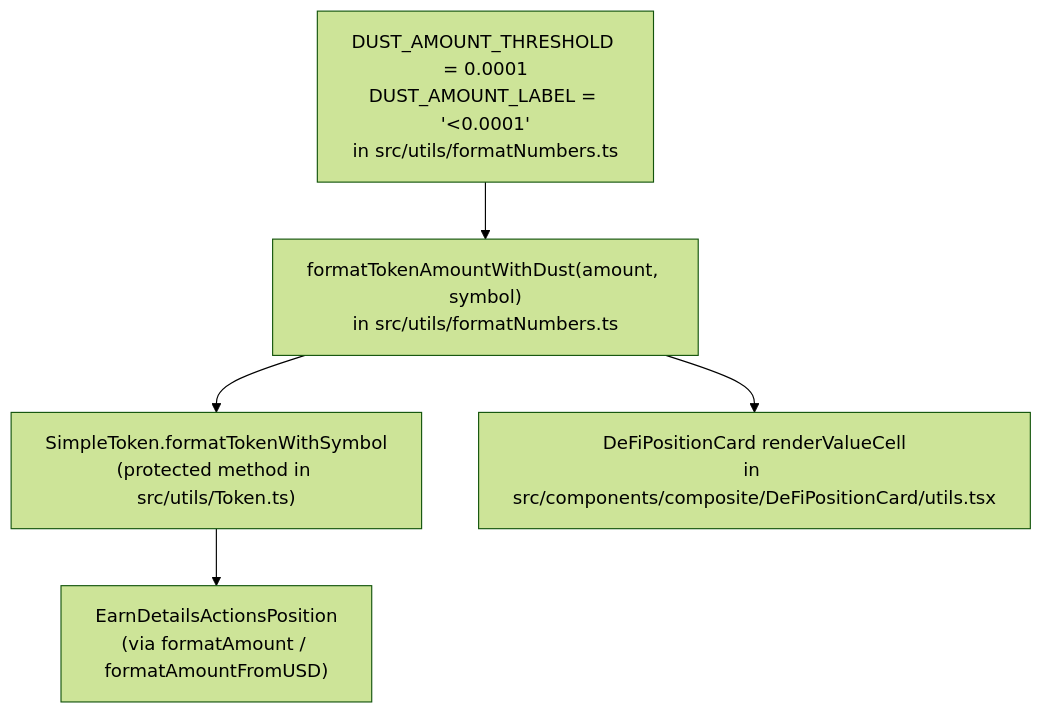
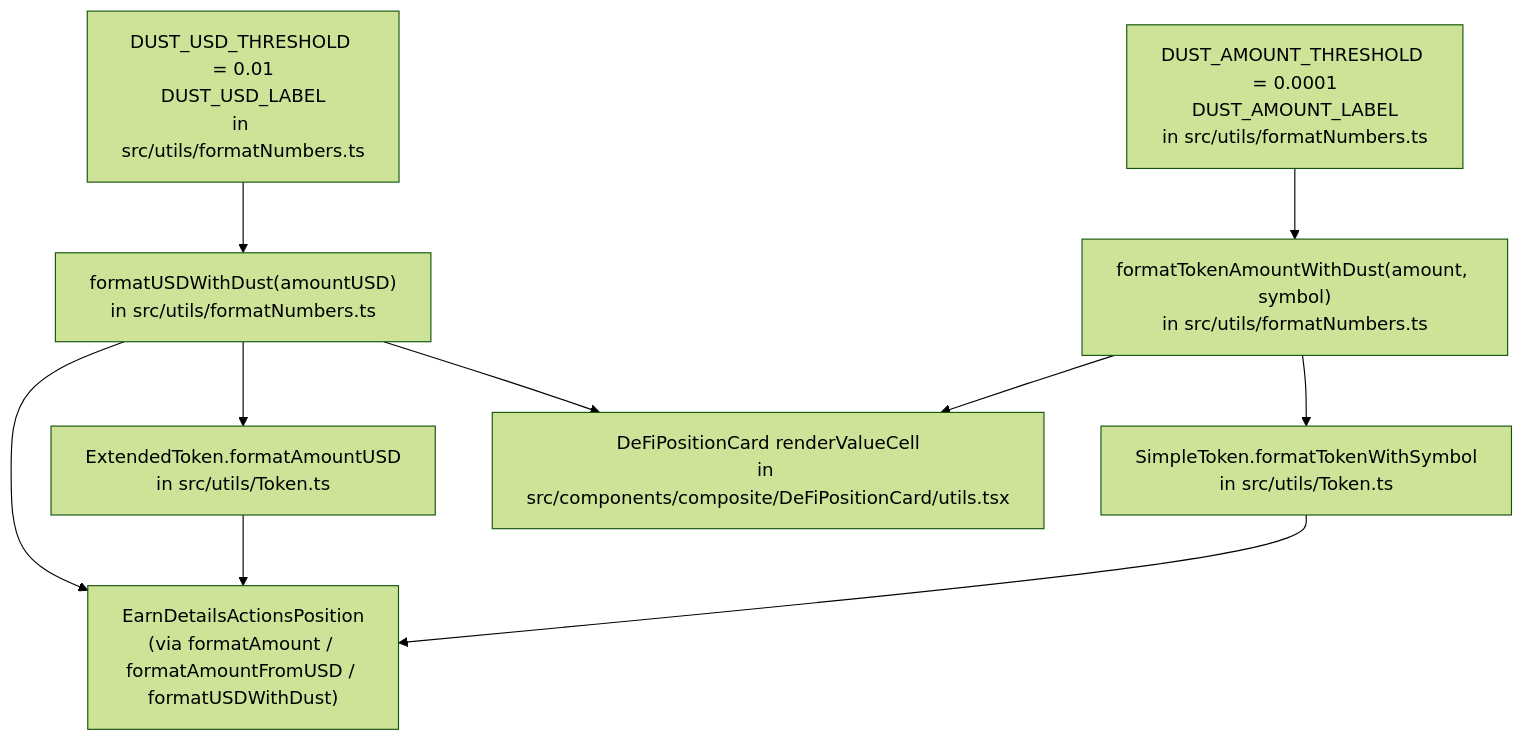
Before and after one commit to jumperexchange/jumper-exchange: the diagram in docs/decisions/dust-rendering.md, drawn with Mermaid (forest theme). The commit also changed other lines of this file and 7 other files, not shown here.

First line of the commit message:
feat: collapse dust USD amounts to <$0.01 (JUM-840)

````diff
--- a/docs/decisions/dust-rendering.md
+++ b/docs/decisions/dust-rendering.md
@@ -15,13 +19,21 @@
 ```mermaid
 flowchart TD
-  Constants["DUST_AMOUNT_THRESHOLD = 0.0001\nDUST_AMOUNT_LABEL = '<0.0001'\nin src/utils/formatNumbers.ts"]
-  Helper["formatTokenAmountWithDust(amount, symbol)\nin src/utils/formatNumbers.ts"]
-  TokenMethod["SimpleToken.formatTokenWithSymbol\n(protected method in src/utils/Token.ts)"]
-  Earn["EarnDetailsActionsPosition\n(via formatAmount / formatAmountFromUSD)"]
+  TokenConst["DUST_AMOUNT_THRESHOLD = 0.0001\nDUST_AMOUNT_LABEL\nin src/utils/formatNumbers.ts"]
+  TokenHelper["formatTokenAmountWithDust(amount, symbol)\nin src/utils/formatNumbers.ts"]
+  USDConst["DUST_USD_THRESHOLD = 0.01\nDUST_USD_LABEL\nin src/utils/formatNumbers.ts"]
+  USDHelper["formatUSDWithDust(amountUSD)\nin src/utils/formatNumbers.ts"]
+  TokenMethod["SimpleToken.formatTokenWithSymbol\nin src/utils/Token.ts"]
+  USDMethod["ExtendedToken.formatAmountUSD\nin src/utils/Token.ts"]
+  Earn["EarnDetailsActionsPosition\n(via formatAmount / formatAmountFromUSD / formatUSDWithDust)"]
   DeFi["DeFiPositionCard renderValueCell\nin src/components/composite/DeFiPositionCard/utils.tsx"]
 
-  Constants --> Helper
-  Helper --> TokenMethod
+  TokenConst --> TokenHelper
+  USDConst --> USDHelper
+  TokenHelper --> TokenMethod
   TokenMethod --> Earn
-  Helper --> DeFi
+  USDHelper --> USDMethod
+  USDMethod --> Earn
+  USDHelper --> Earn
+  TokenHelper --> DeFi
+  USDHelper --> DeFi
 ```
````
